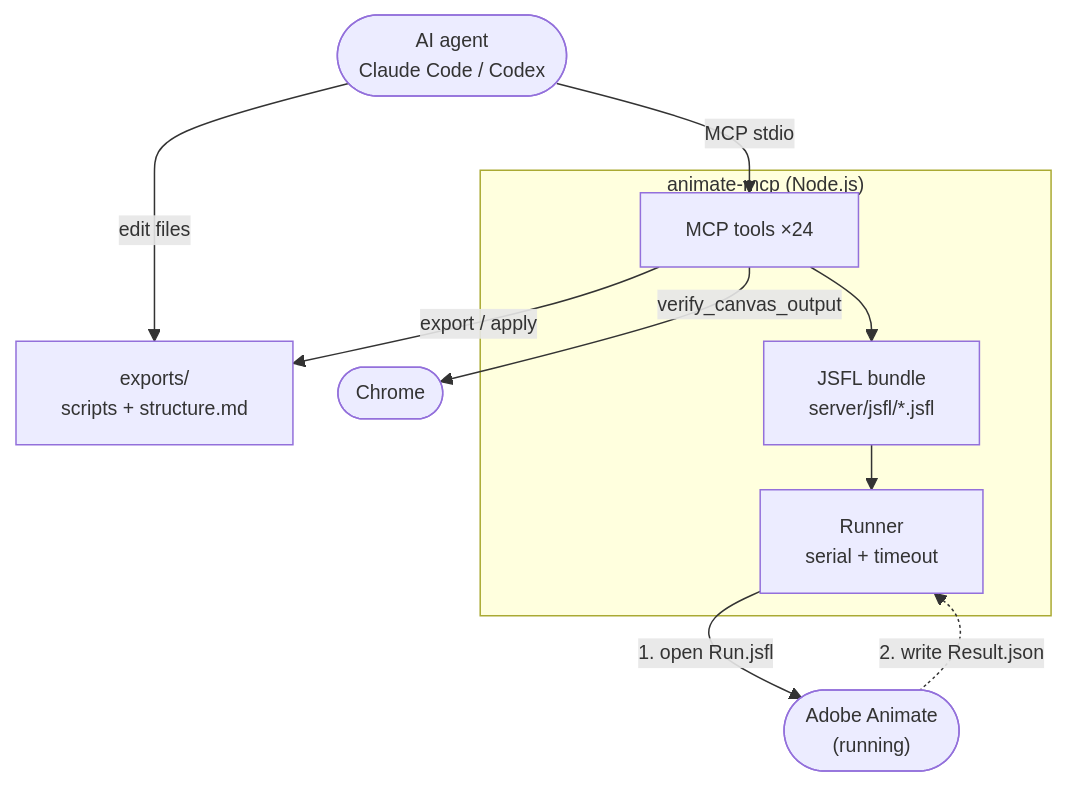
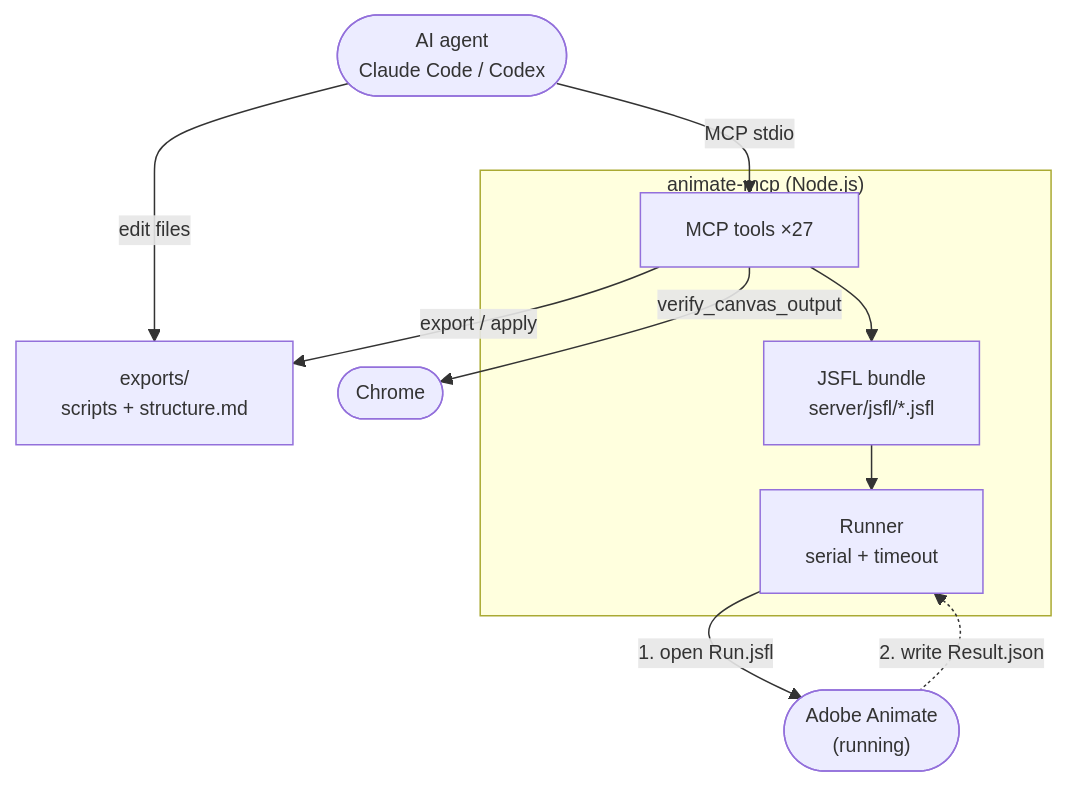
The diagram in README.ja.md (gekkyo/animate-mcp), drawn with Mermaid before and after one commit. The commit also changed other lines of this file and 5 other files, not shown here.

````diff
--- a/README.ja.md
+++ b/README.ja.md
@@ -223,20 +226,20 @@
 ```mermaid
 %%{init: {'themeVariables': {'fontSize': '13px'}, 'flowchart': {'nodeSpacing': 30, 'rankSpacing': 30, 'diagramPadding': 8}}}%%
 flowchart TB
   Agent(["AI agent<br/>Claude Code / Codex"])
   subgraph Server["animate-mcp (Node.js)"]
-    Tools["MCP tools ×24"]
+    Tools["MCP tools ×27"]
     Bundle["JSFL bundle<br/>server/jsfl/*.jsfl"]
     Runner["Runner<br/>serial + timeout"]
   end
   Files["exports/<br/>scripts + structure.md"]
   Chrome(["Chrome"])
   Animate(["Adobe Animate<br/>(running)"])
   Agent -->|"edit files"| Files
   Agent -->|"MCP stdio"| Tools
   Tools -->|"export / apply"| Files
   Tools -->|"verify_canvas_output"| Chrome
   Tools --> Bundle --> Runner
   Runner -->|"1. open Run.jsfl"| Animate
   Animate -.->|"2. write Result.json"| Runner
 ```
````
